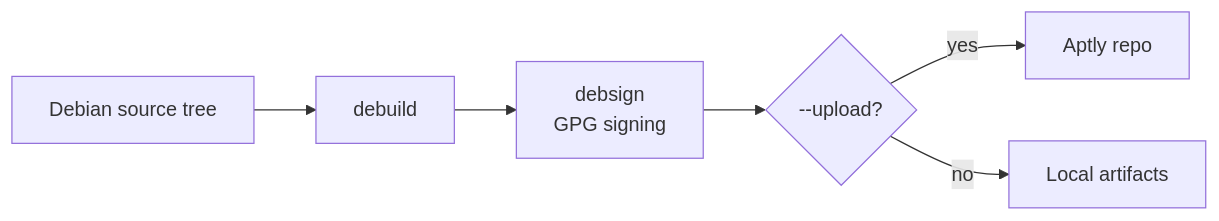
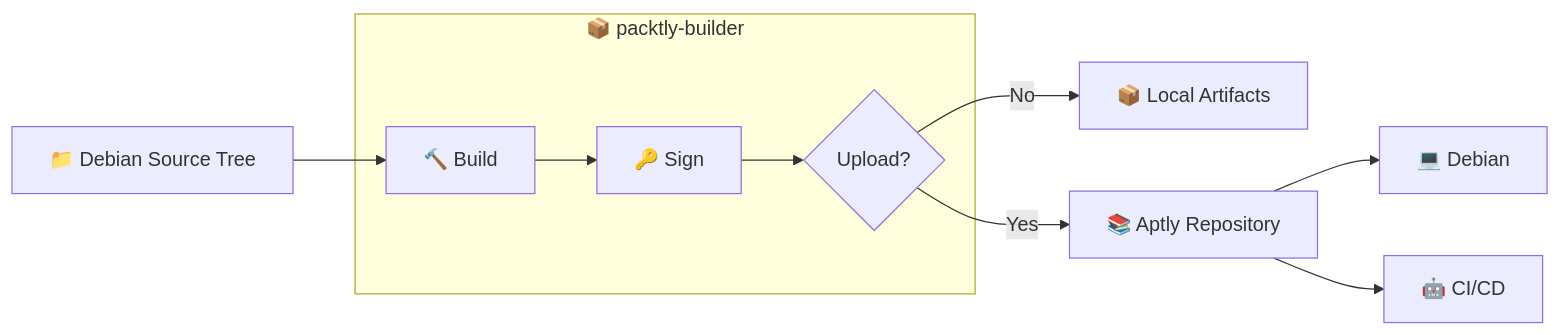
Before and after one commit to packtly/packtly-builder: the diagram in Readme.md, drawn with Mermaid. The commit also changed other lines of this file, not shown here.

````diff
--- a/Readme.md
+++ b/Readme.md
@@ -33,8 +61,18 @@
 ```mermaid
 flowchart LR
-    A[Debian source tree] --> B[debuild]
-    B --> C[debsign<br/>GPG signing]
-    C --> D{--upload?}
-    D -- yes --> E[Aptly repo]
-    D -- no --> F[Local artifacts]
+    A["📁 Debian Source Tree"]
+    A --> C
+
+    subgraph B["📦 packtly-builder"]
+        C["🔨 Build"]
+        D["🔑 Sign"]
+        C --> D
+        D --> E{"Upload?"}
+    end
+
+    E -->|No| F["📦 Local Artifacts"]
+    E -->|Yes| G["📚 Aptly Repository"]
+
+    G --> H["💻 Debian"]
+    G --> I["🤖 CI/CD"]
 ```
````
